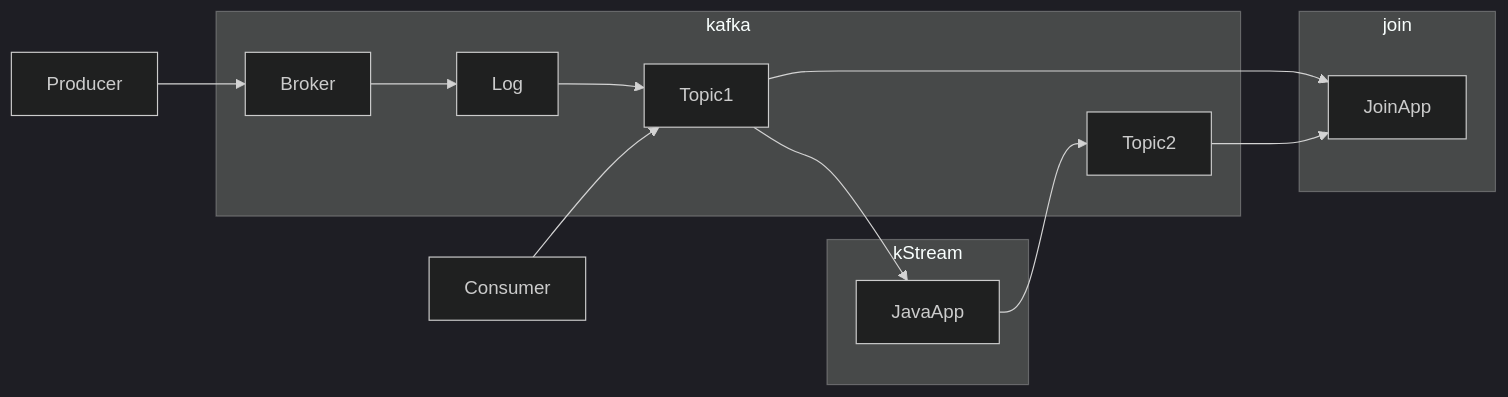
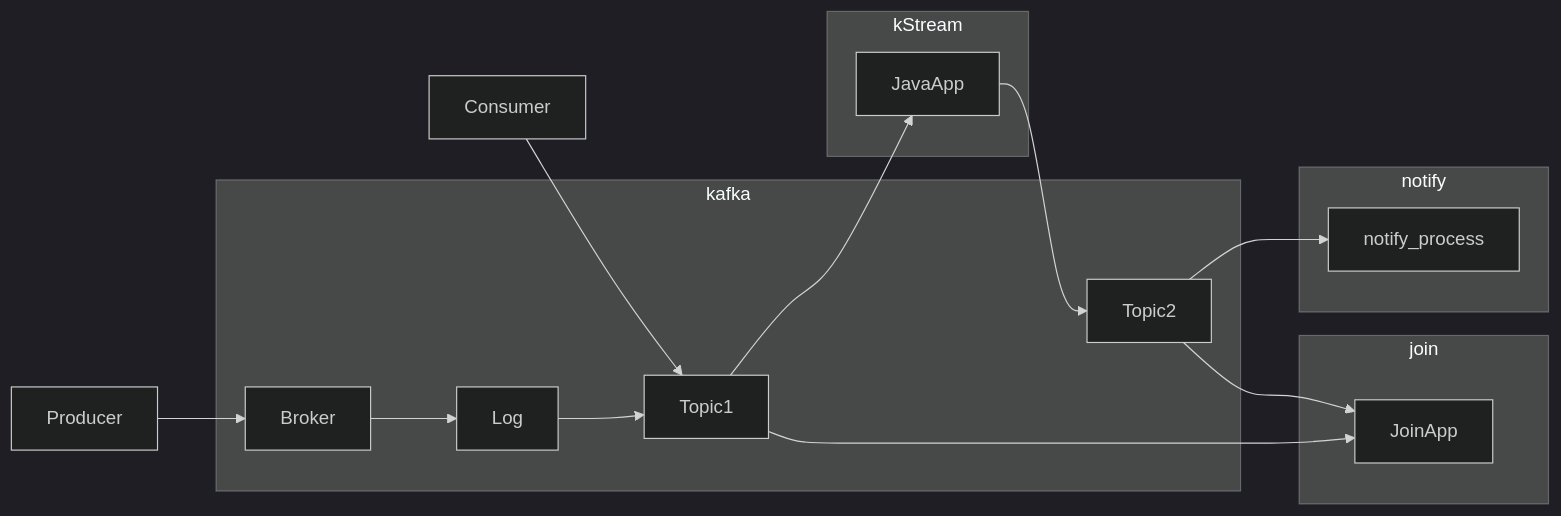
The second of 2 diagrams in tech/kafka/kafka.md (jakehova/knowledgedump), drawn with Mermaid (dark theme) before and after one commit.

````diff
--- a/tech/kafka/kafka.md
+++ b/tech/kafka/kafka.md
@@ -24,18 +24,21 @@
 ```mermaid
     flowchart LR
     Producer-->Broker
     subgraph kafka
     Broker-->Log
     Log-->Topic1
     Topic2
     end
     Consumer-->Topic1
     subgraph kStream
     Topic1-->JavaApp
     JavaApp-->Topic2
     end
     subgraph join
     Topic1-->JoinApp
     Topic2-->JoinApp
     end
+    subgraph notify
+    Topic2-->notify_process
+    end
 ```
````
